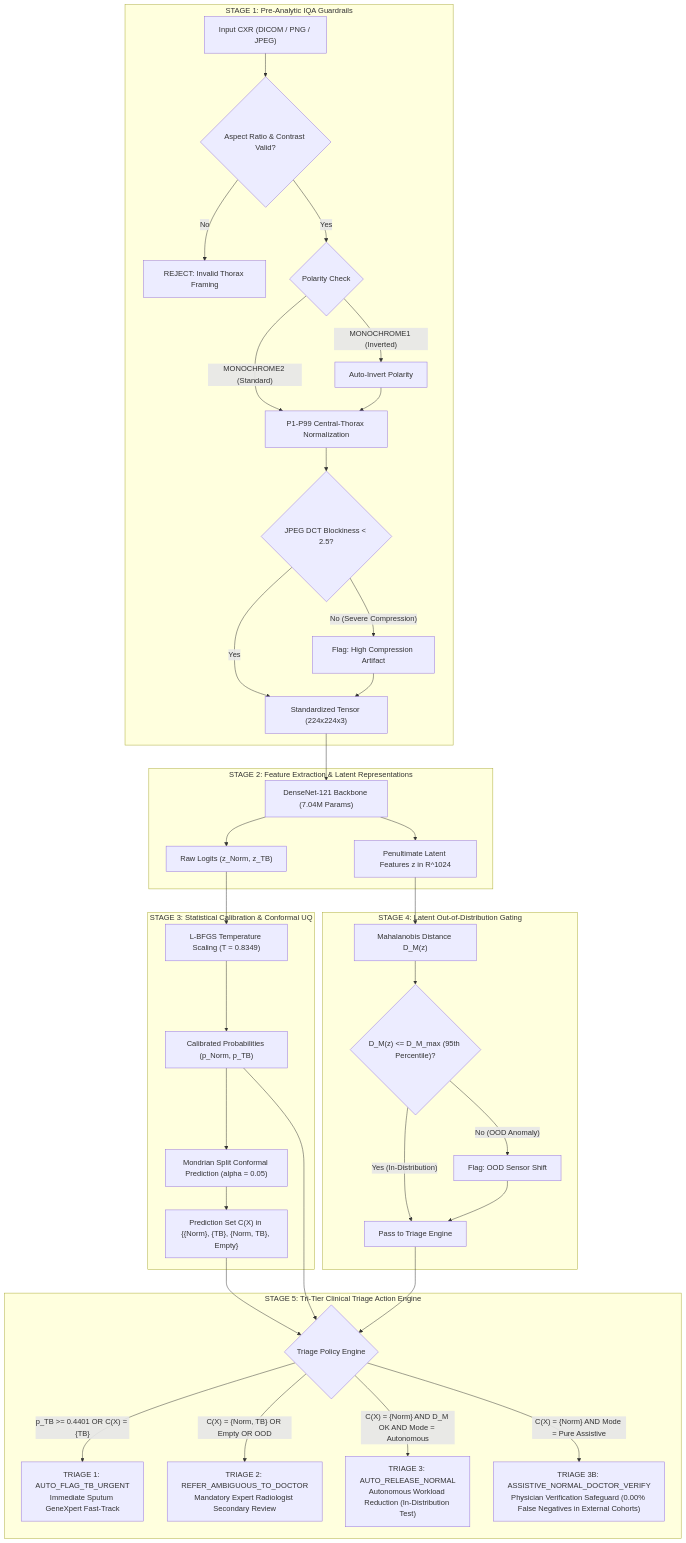
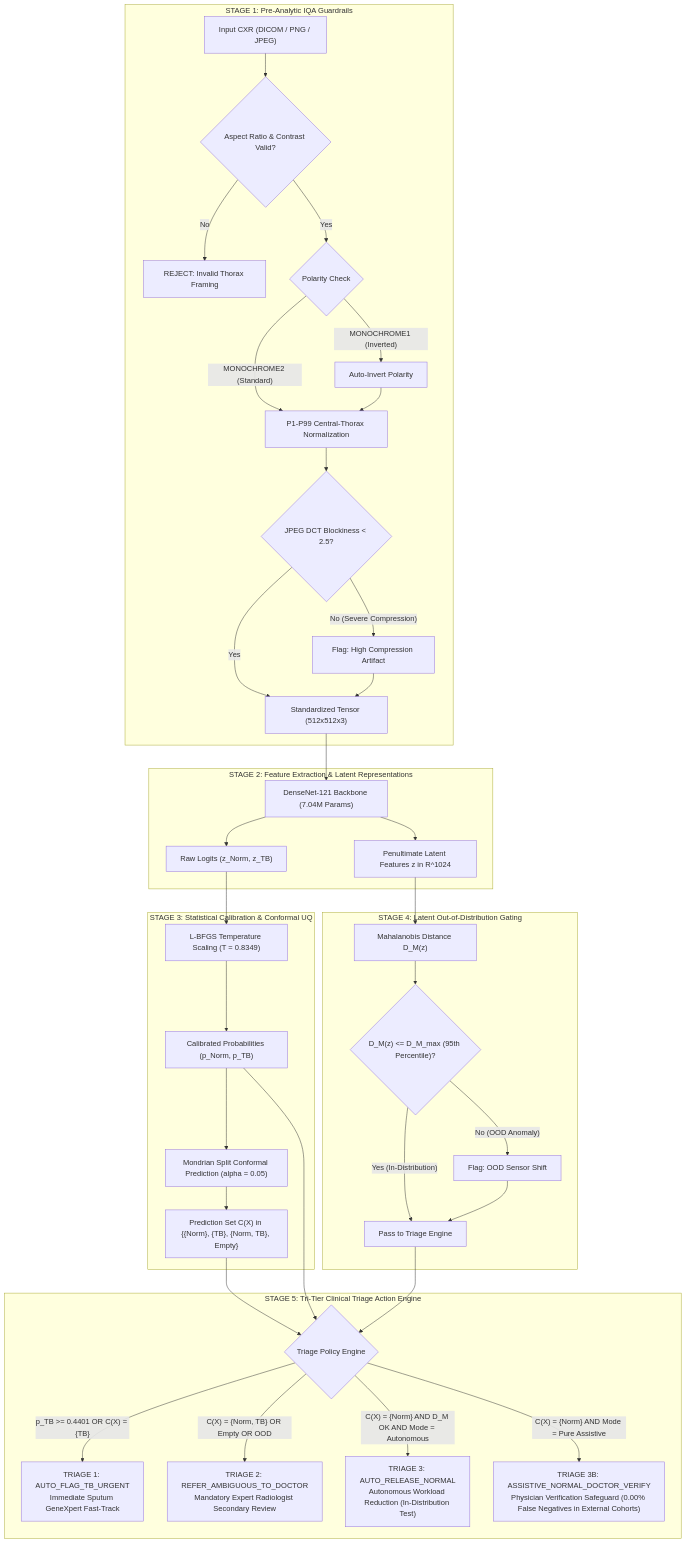
Before and after one commit to SeraKah-1/tb-conformal-triage: the diagram in README.md, drawn with Mermaid. The commit also changed other lines of this file and 2 other files, not shown here.

````diff
--- a/README.md
+++ b/README.md
@@ -72,50 +73,50 @@
 ```mermaid
 flowchart TD
     subgraph S1["STAGE 1: Pre-Analytic IQA Guardrails"]
         A["Input CXR (DICOM / PNG / JPEG)"] --> B{"Aspect Ratio & Contrast Valid?"}
         B -- "No" --> B_Fail["REJECT: Invalid Thorax Framing"]
         B -- "Yes" --> C{"Polarity Check"}
         C -- "MONOCHROME1 (Inverted)" --> C_Fix["Auto-Invert Polarity"]
         C -- "MONOCHROME2 (Standard)" --> D["P1-P99 Central-Thorax Normalization"]
         C_Fix --> D
         D --> E{"JPEG DCT Blockiness < 2.5?"}
         E -- "No (Severe Compression)" --> E_Warn["Flag: High Compression Artifact"]
-        E -- "Yes" --> F["Standardized Tensor (224x224x3)"]
+        E -- "Yes" --> F["Standardized Tensor (512x512x3)"]
         E_Warn --> F
     end
 
     subgraph S2["STAGE 2: Feature Extraction & Latent Representations"]
         F --> G["DenseNet-121 Backbone (7.04M Params)"]
         G --> H["Penultimate Latent Features z in R^1024"]
         G --> I["Raw Logits (z_Norm, z_TB)"]
     end
 
     subgraph S3["STAGE 3: Statistical Calibration & Conformal UQ"]
         I --> J["L-BFGS Temperature Scaling (T = 0.8349)"]
         J --> K["Calibrated Probabilities (p_Norm, p_TB)"]
         K --> L["Mondrian Split Conformal Prediction (alpha = 0.05)"]
         L --> M["Prediction Set C(X) in {{Norm}, {TB}, {Norm, TB}, Empty}"]
     end
 
     subgraph S4["STAGE 4: Latent Out-of-Distribution Gating"]
         H --> N["Mahalanobis Distance D_M(z)"]
         N --> O{"D_M(z) <= D_M_max (95th Percentile)?"}
         O -- "No (OOD Anomaly)" --> P["Flag: OOD Sensor Shift"]
         O -- "Yes (In-Distribution)" --> Q["Pass to Triage Engine"]
         P --> Q
     end
 
     subgraph S5["STAGE 5: Tri-Tier Clinical Triage Action Engine"]
         M --> R{"Triage Policy Engine"}
         K --> R
         Q --> R
         R -- "p_TB >= 0.4401 OR C(X) = {TB}" --> T1["TRIAGE 1: AUTO_FLAG_TB_URGENT
 Immediate Sputum GeneXpert Fast-Track"]
         R -- "C(X) = {Norm, TB} OR Empty OR OOD" --> T2["TRIAGE 2: REFER_AMBIGUOUS_TO_DOCTOR
 Mandatory Expert Radiologist Secondary Review"]
         R -- "C(X) = {Norm} AND D_M OK AND Mode = Autonomous" --> T3["TRIAGE 3: AUTO_RELEASE_NORMAL
 Autonomous Workload Reduction (In-Distribution Test)"]
         R -- "C(X) = {Norm} AND Mode = Pure Assistive" --> T4["TRIAGE 3B: ASSISTIVE_NORMAL_DOCTOR_VERIFY
 Physician Verification Safeguard (0.00% False Negatives in External Cohorts)"]
     end
 ```
````
